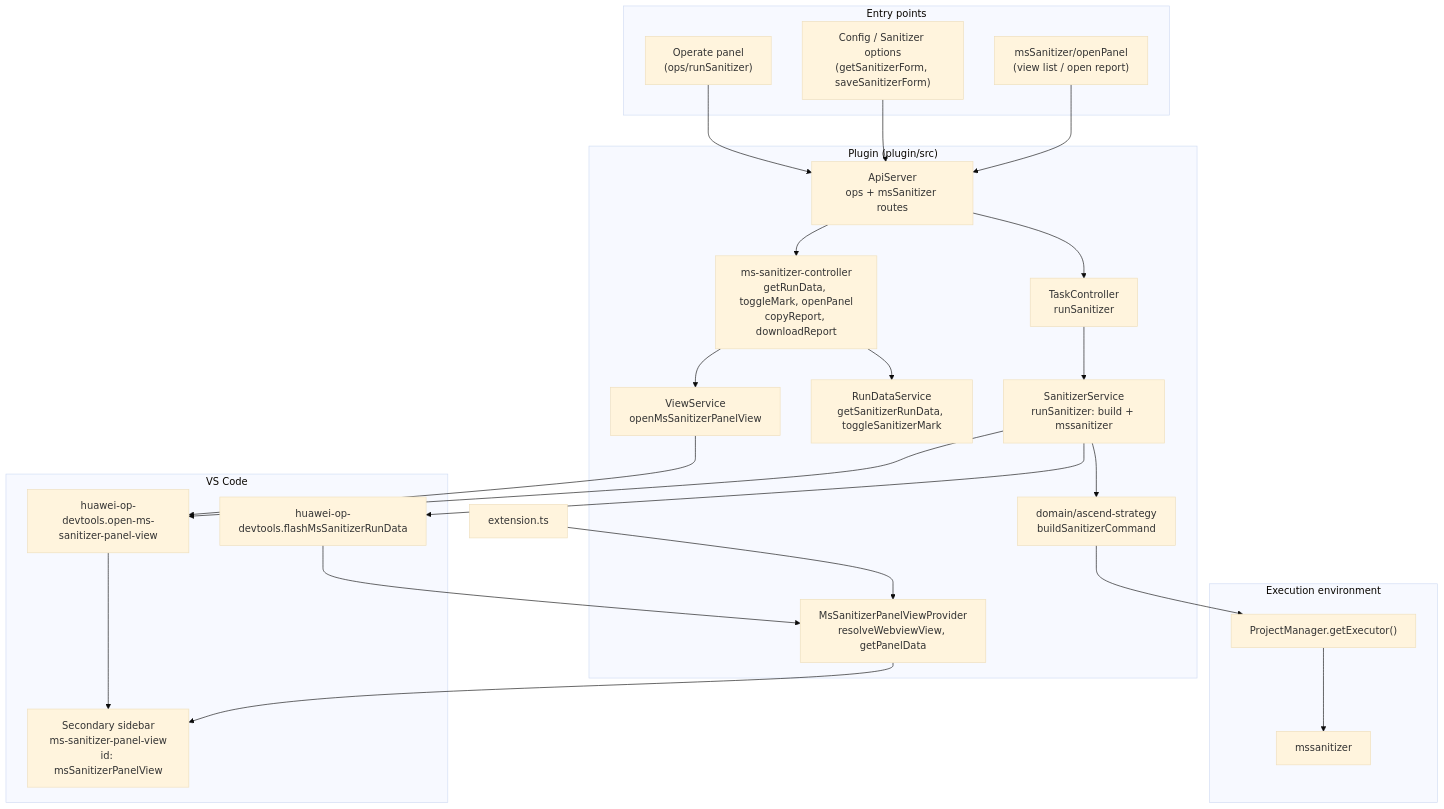
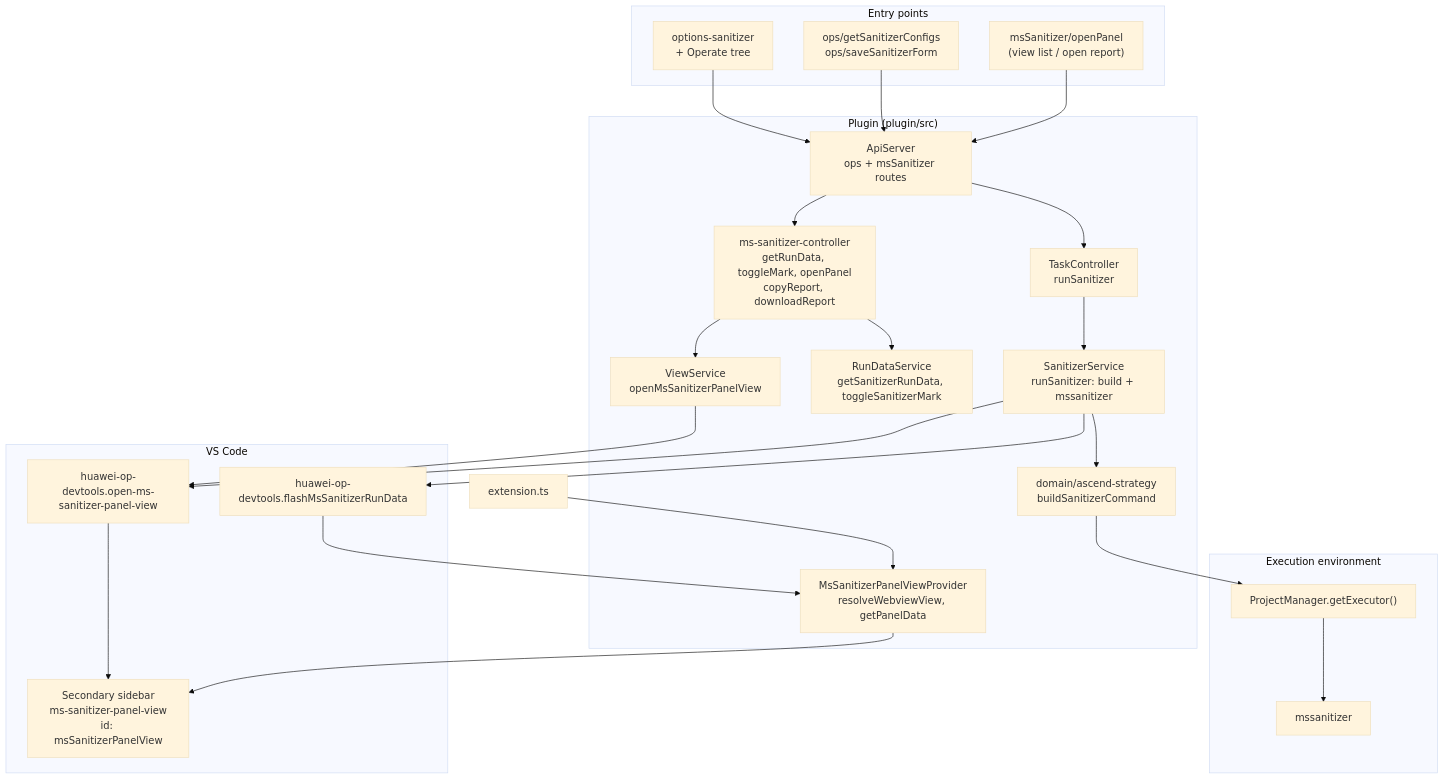
The second of 7 diagrams in docs/sanitizer-integration.md (IdeFrontend/opdev_plugin), drawn with Mermaid (base theme) before and after one commit. The commit also changed other lines of this file and 74 other files, not shown here.

````diff
--- a/docs/sanitizer-integration.md
+++ b/docs/sanitizer-integration.md
@@ -67,41 +67,41 @@
 ```mermaid
 flowchart TB
   subgraph Entry["Entry points"]
-    Operate["Operate panel\n(ops/runSanitizer)"]
-    Config["Config / Sanitizer options\n(getSanitizerForm, saveSanitizerForm)"]
+    Options["options-sanitizer\n+ Operate tree"]
+    Config["ops/getSanitizerConfigs\nops/saveSanitizerForm"]
     OpenPanel["msSanitizer/openPanel\n(view list / open report)"]
   end
 
   subgraph Plugin["Plugin (plugin/src)"]
     ApiSrv["ApiServer\nops + msSanitizer routes"]
     TaskCtrl["TaskController\nrunSanitizer"]
     SanitizerSvc["SanitizerService\nrunSanitizer: build + mssanitizer"]
     MsSanitizerCtrl["ms-sanitizer-controller\ngetRunData, toggleMark, openPanel\ncopyReport, downloadReport"]
     RunDataSvc["RunDataService\ngetSanitizerRunData, toggleSanitizerMark"]
     ViewSvc["ViewService\nopenMsSanitizerPanelView"]
     PanelProv["MsSanitizerPanelViewProvider\nresolveWebviewView, getPanelData"]
     Domain["domain/ascend-strategy\nbuildSanitizerCommand"]
   end
 
   subgraph VSCode["VS Code"]
     Sidebar["Secondary sidebar\nms-sanitizer-panel-view\nid: msSanitizerPanelView"]
     CmdOpen["huawei-op-devtools.open-ms-sanitizer-panel-view"]
     CmdFlash["huawei-op-devtools.flashMsSanitizerRunData"]
   end
 
   subgraph Env["Execution environment"]
     Executor["ProjectManager.getExecutor()"]
     Mssanitizer["mssanitizer"]
   end
 
-  Operate --> ApiSrv --> TaskCtrl --> SanitizerSvc
+  Options --> ApiSrv --> TaskCtrl --> SanitizerSvc
   Config --> ApiSrv
   OpenPanel --> ApiSrv --> MsSanitizerCtrl --> ViewSvc --> CmdOpen
   MsSanitizerCtrl --> RunDataSvc
   SanitizerSvc --> Domain --> Executor --> Mssanitizer
   SanitizerSvc --> CmdOpen
   SanitizerSvc --> CmdFlash
   CmdOpen --> Sidebar
   CmdFlash --> PanelProv
   extension.ts --> PanelProv --> Sidebar
 ```
````
